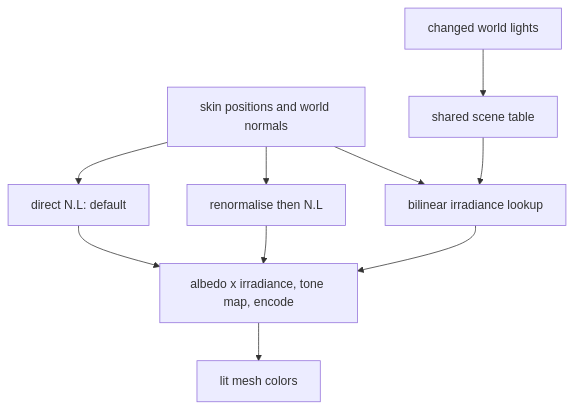
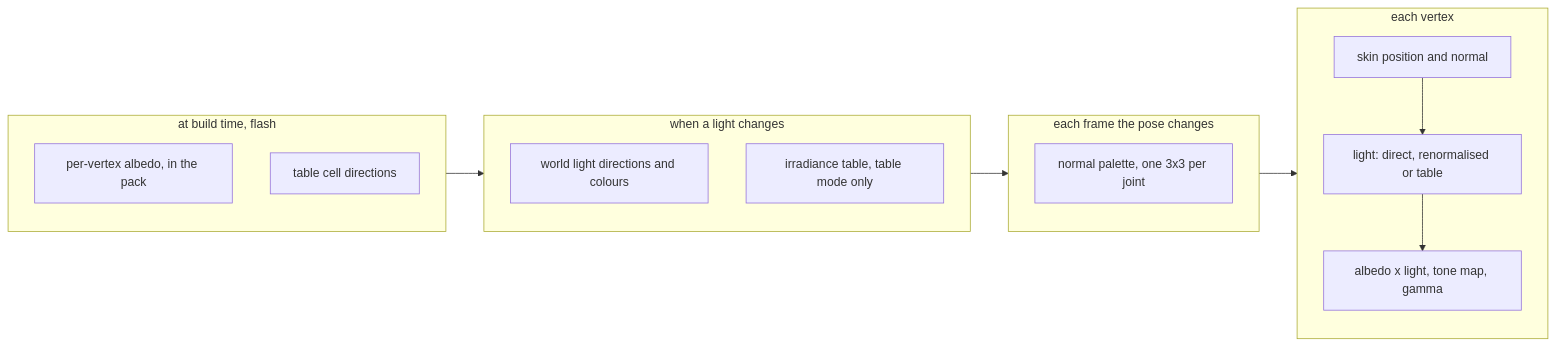
The first of 2 diagrams in docs/render/Skinned-Lighting.md (jose-villegas/autana), drawn with Mermaid before and after one commit. The commit also changed other lines of this file and 12 other files, not shown here.

````diff
--- a/docs/render/Skinned-Lighting.md
+++ b/docs/render/Skinned-Lighting.md
@@ -7,12 +21,23 @@
 ```mermaid
-flowchart TB
-    Skin["skin positions and world normals"] --> Direct["direct N.L: default"]
-    Skin --> Renormalised["renormalise then N.L"]
-    Skin --> Table["bilinear irradiance lookup"]
-    Lights["changed world lights"] --> Build["shared scene table"]
-    Build --> Table
-    Direct --> Transfer["albedo x irradiance, tone map, encode"]
-    Renormalised --> Transfer
-    Table --> Transfer
-    Transfer --> Mesh["lit mesh colors"]
+flowchart LR
+    subgraph Build["at build time, flash"]
+        direction TB
+        Albedo["per-vertex albedo, in the pack"]
+        Cells["table cell directions"]
+    end
+    subgraph Change["when a light changes"]
+        direction TB
+        World["world light directions and colours"]
+        Table["irradiance table, table mode only"]
+    end
+    subgraph Frame["each frame the pose changes"]
+        direction TB
+        Palette["normal palette, one 3x3 per joint"]
+    end
+    subgraph Vertex["each vertex"]
+        direction TB
+        Skin["skin position and normal"] --> Light["light: direct, renormalised or table"]
+        Light --> Transfer["albedo x light, tone map, gamma"]
+    end
+    Build --> Change --> Frame --> Vertex
 ```
````
